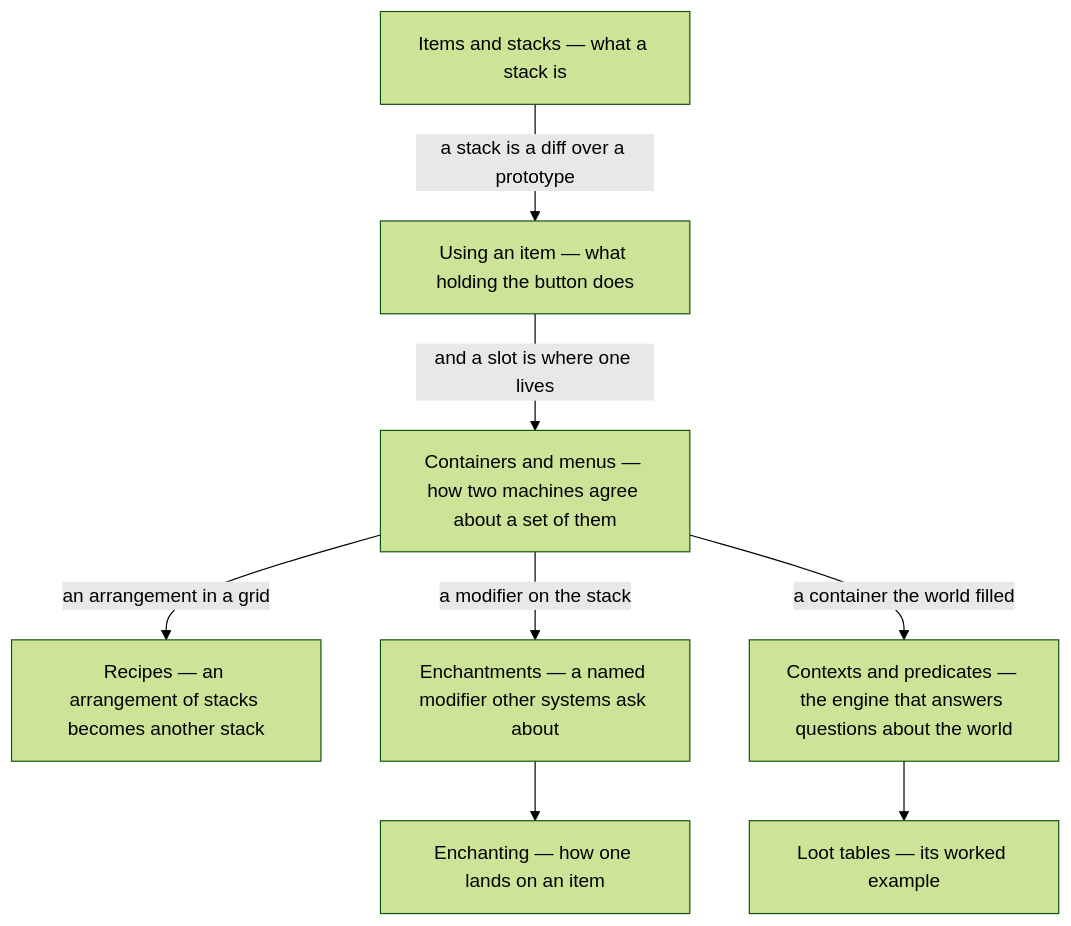
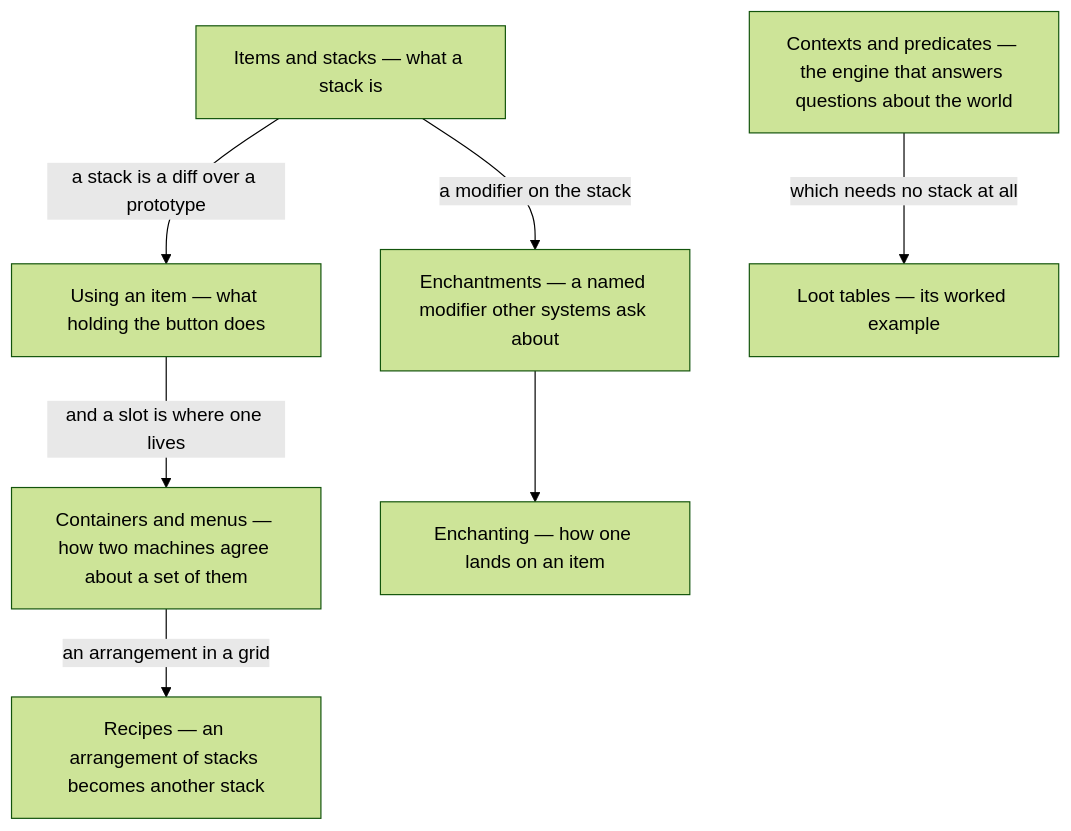
One commit to AlexanderjFraser/MinecraftDocs changed the diagram in src/systems/items/README.md. Above: the diagram before and after it, drawn with Mermaid (forest theme). The commit also changed other lines of this file and 13 other files, not shown here.

````diff
--- a/src/systems/items/README.md
+++ b/src/systems/items/README.md
@@ -25,18 +27,17 @@
 ```mermaid
 flowchart TD
     IS["Items and stacks — what a stack is"]
     UI["Using an item — what holding the button does"]
     CM["Containers and menus — how two machines agree about a set of them"]
     RE["Recipes — an arrangement of stacks becomes another stack"]
     EN["Enchantments — a named modifier other systems ask about"]
     EC["Enchanting — how one lands on an item"]
     CP["Contexts and predicates — the engine that answers questions about the world"]
     LO["Loot tables — its worked example"]
     IS -- "a stack is a diff over a prototype" --> UI
     UI -- "and a slot is where one lives" --> CM
     CM -- "an arrangement in a grid" --> RE
-    CM -- "a modifier on the stack" --> EN
-    CM -- "a container the world filled" --> CP
+    IS -- "a modifier on the stack" --> EN
     EN --> EC
-    CP --> LO
+    CP -- "which needs no stack at all" --> LO
 ```
````
